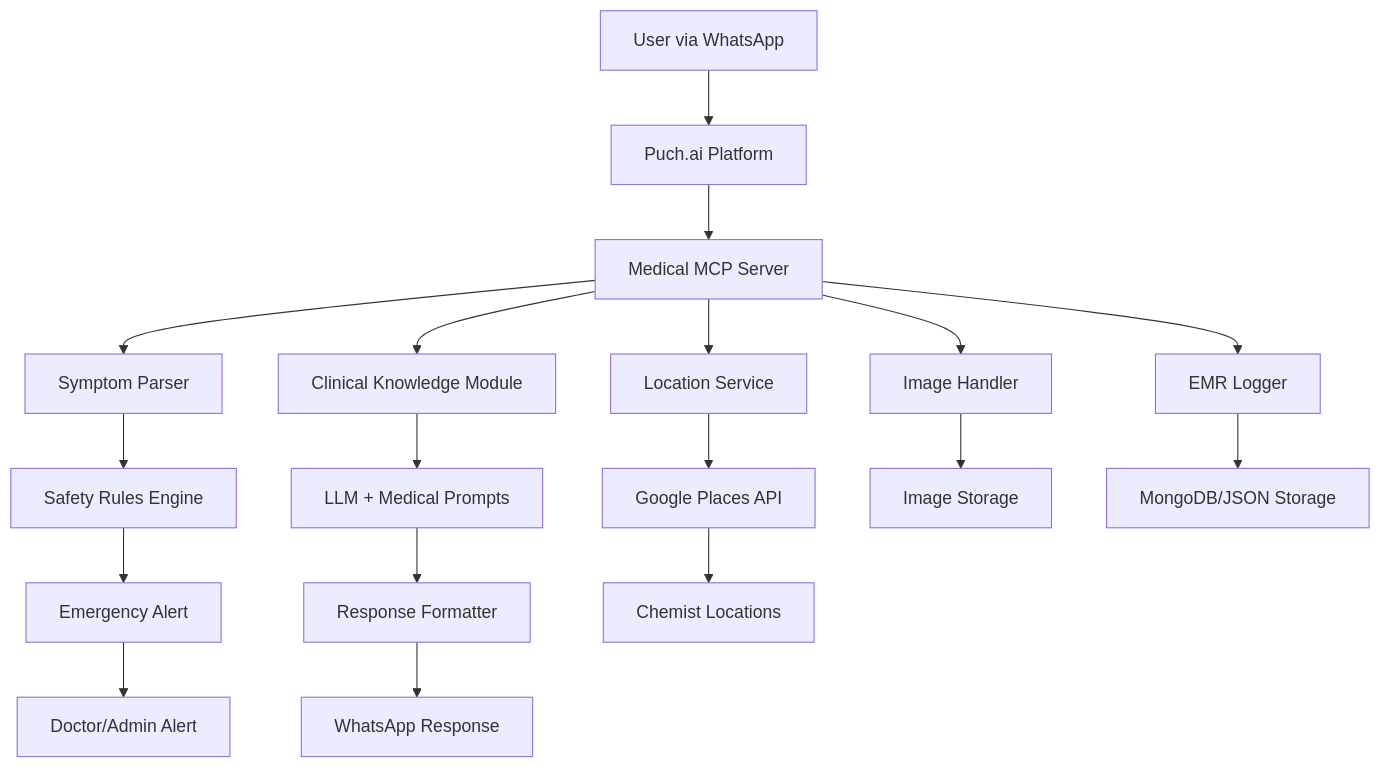
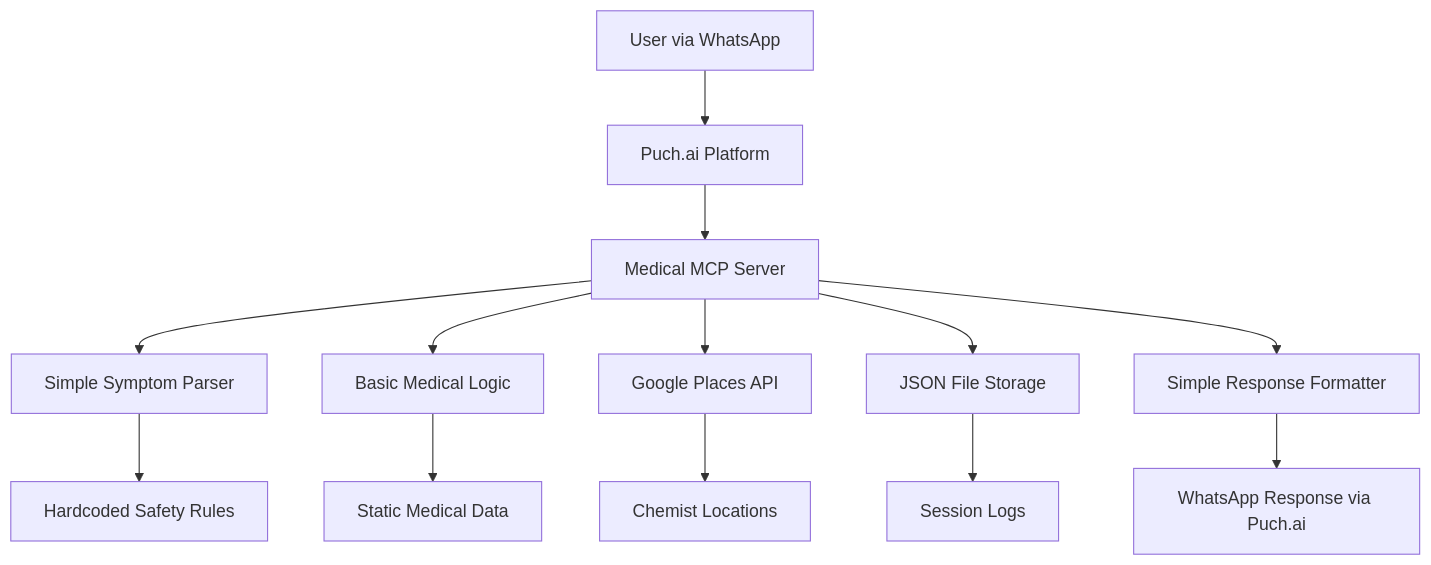
Before and after one commit to Piyushrathoree/puch.ai-hack-mcp: the diagram in README.md, drawn with Mermaid. The commit also changed other lines of this file and 10 other files, not shown here.

````diff
--- a/README.md
+++ b/README.md
@@ -32,23 +34,17 @@
 ```mermaid
 graph TD
     A[User via WhatsApp] --> B[Puch.ai Platform]
     B --> C[Medical MCP Server]
-    C --> D[Symptom Parser]
-    C --> E[Clinical Knowledge Module]
-    C --> F[Location Service]
-    C --> G[Image Handler]
-    C --> H[EMR Logger]
+    C --> D[Simple Symptom Parser]
+    C --> E[Basic Medical Logic]
+    C --> F[Google Places API]
+    C --> G[JSON File Storage]
 
-    D --> I[Safety Rules Engine]
-    E --> J[LLM + Medical Prompts]
-    F --> K[Google Places API]
-    G --> L[Image Storage]
-    H --> M[MongoDB/JSON Storage]
+    D --> H[Hardcoded Safety Rules]
+    E --> I[Static Medical Data]
+    F --> J[Chemist Locations]
+    G --> K[Session Logs]
 
-    I --> N[Emergency Alert]
-    J --> O[Response Formatter]
-    K --> P[Chemist Locations]
-
-    O --> Q[WhatsApp Response]
-    N --> R[Doctor/Admin Alert]
+    C --> L[Simple Response Formatter]
+    L --> M[WhatsApp Response via Puch.ai]
 ```
````
